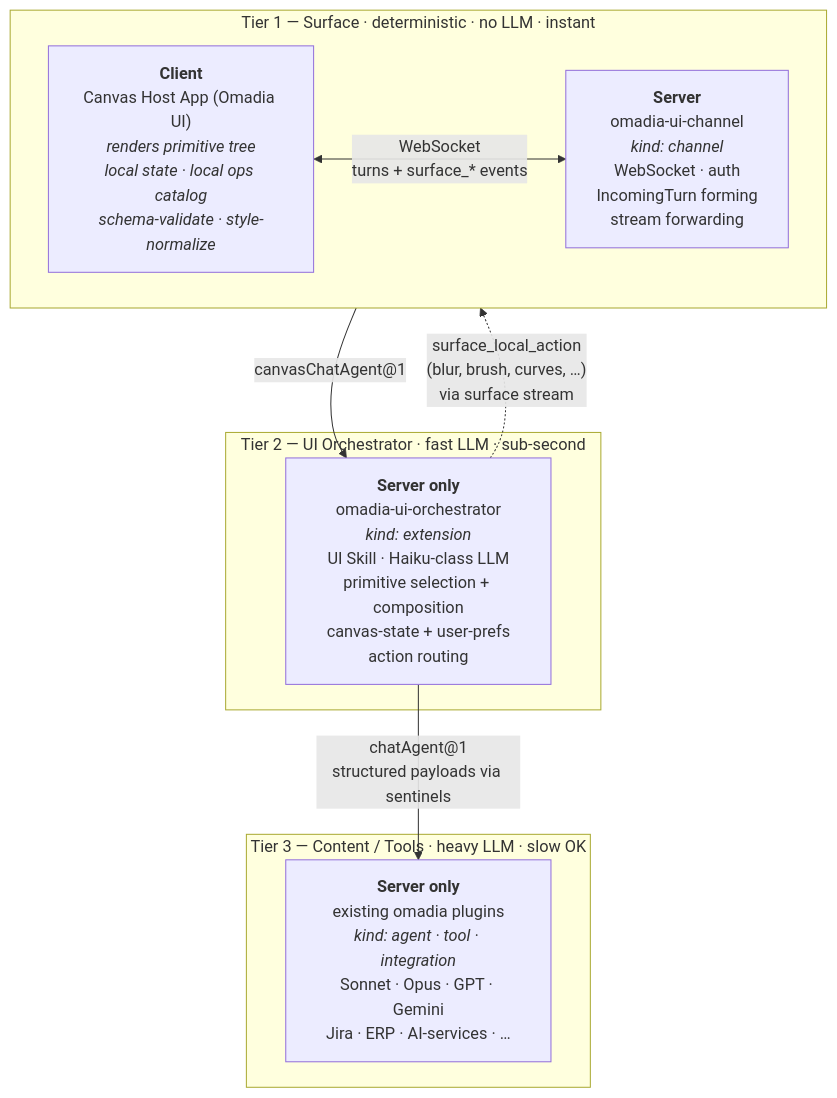
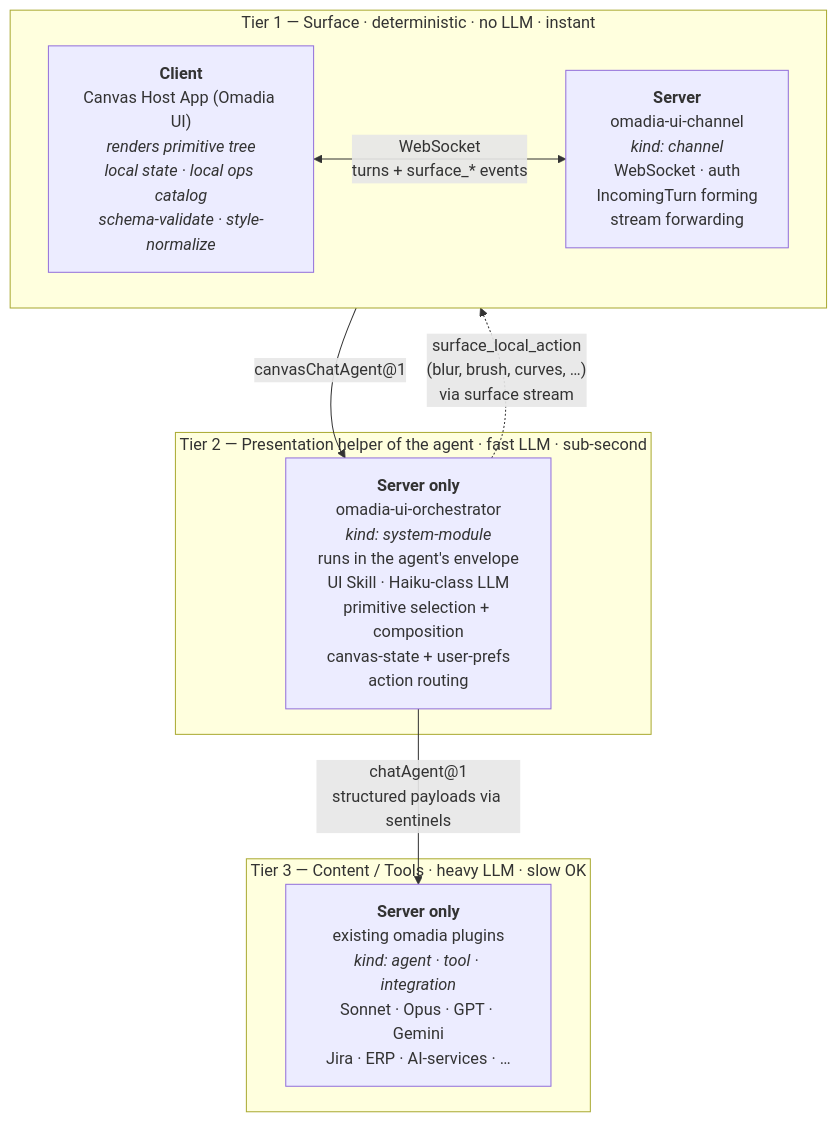
One commit to byte5ai/omadia-ui changed the diagram in CONCEPT.md. Above: the diagram before and after it, drawn with Mermaid. The commit also changed other lines of this file and 19 other files, not shown here.

First line of the commit message:
feat: agent selection per canvas, speaker and system notices on the canvas (#52) (#67)

````diff
--- a/CONCEPT.md
+++ b/CONCEPT.md
@@ -34,21 +36,21 @@
 ```mermaid
 flowchart TB
   subgraph T1["Tier 1 — Surface · deterministic · no LLM · instant"]
     direction LR
     HOST["<b>Client</b><br/>Canvas Host App (Omadia UI)<br/><i>renders primitive tree</i><br/><i>local state · local ops catalog</i><br/><i>schema-validate · style-normalize</i>"]
     CHAN["<b>Server</b><br/>omadia-ui-channel<br/><i>kind: channel</i><br/>WebSocket · auth<br/>IncomingTurn forming<br/>stream forwarding"]
     HOST <-->|"WebSocket<br/>turns + surface_* events"| CHAN
   end
 
-  subgraph T2["Tier 2 — UI Orchestrator · fast LLM · sub-second"]
-    ORCH["<b>Server only</b><br/>omadia-ui-orchestrator<br/><i>kind: extension</i><br/>UI Skill · Haiku-class LLM<br/>primitive selection + composition<br/>canvas-state + user-prefs<br/>action routing"]
+  subgraph T2["Tier 2 — Presentation helper of the agent · fast LLM · sub-second"]
+    ORCH["<b>Server only</b><br/>omadia-ui-orchestrator<br/><i>kind: system-module</i><br/>runs in the agent's envelope<br/>UI Skill · Haiku-class LLM<br/>primitive selection + composition<br/>canvas-state + user-prefs<br/>action routing"]
   end
 
   subgraph T3["Tier 3 — Content / Tools · heavy LLM · slow OK"]
     CONT["<b>Server only</b><br/>existing omadia plugins<br/><i>kind: agent · tool · integration</i><br/>Sonnet · Opus · GPT · Gemini<br/>Jira · ERP · AI-services · …"]
   end
 
   CHAN -->|"canvasChatAgent@1"| ORCH
   ORCH -->|"chatAgent@1<br/>structured payloads via sentinels"| CONT
   ORCH -.->|"surface_local_action<br/>(blur, brush, curves, …)<br/>via surface stream"| HOST
 ```
````
